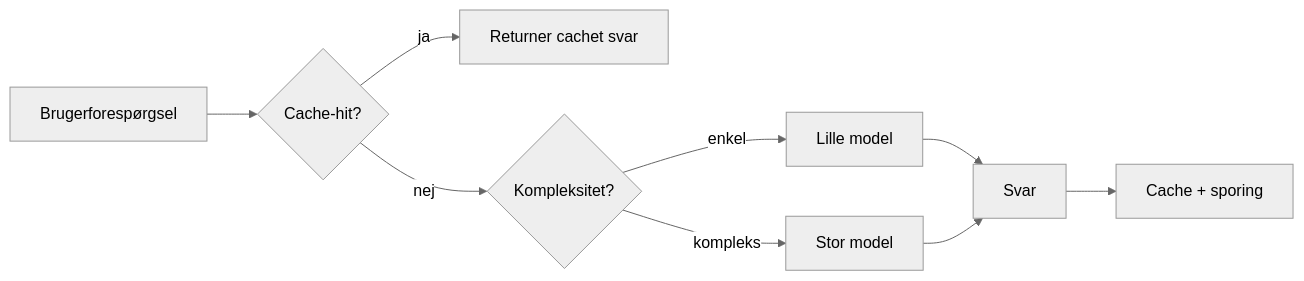
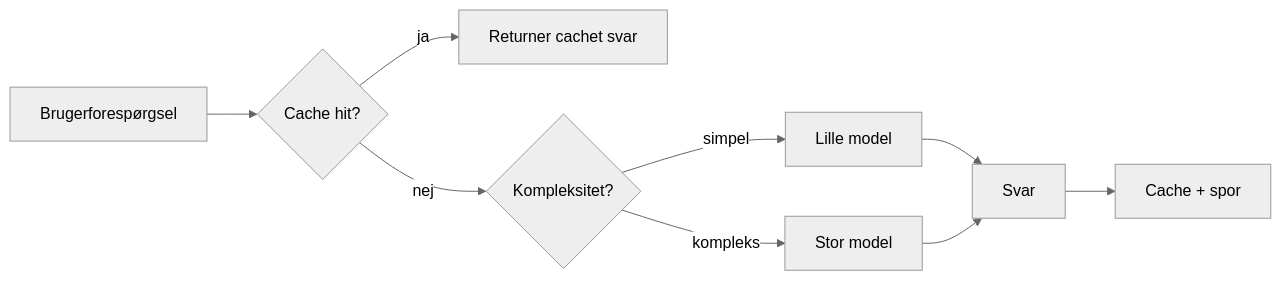
The third of 4 diagrams in mirrors/repos/microsoft@ai-agents-for-beginners/translations/da/16-deploying-scalable-agents/README.md (gabrielmoreira/agent-skills-mirror), drawn with Mermaid (neutral theme) before and after one commit. The commit also changed other lines of this file and 3581 other files, not shown here.

````diff
--- a/mirrors/repos/microsoft@ai-agents-for-beginners/translations/da/16-deploying-scalable-agents/README.md
+++ b/mirrors/repos/microsoft@ai-agents-for-beginners/translations/da/16-deploying-scalable-agents/README.md
@@ -134,11 +134,11 @@
 ```mermaid
 flowchart LR
-    Q[Brugerforespørgsel] --> C{Cache-hit?}
+    Q[Brugerforespørgsel] --> C{Cache hit?}
     C -->|ja| R[Returner cachet svar]
     C -->|nej| Router{Kompleksitet?}
-    Router -->|enkel| SLM[Lille model]
+    Router -->|simpel| SLM[Lille model]
     Router -->|kompleks| LLM[Stor model]
     SLM --> Out[Svar]
     LLM --> Out
-    Out --> Store[Cache + sporing]
+    Out --> Store[Cache + spor]
 ```
````
